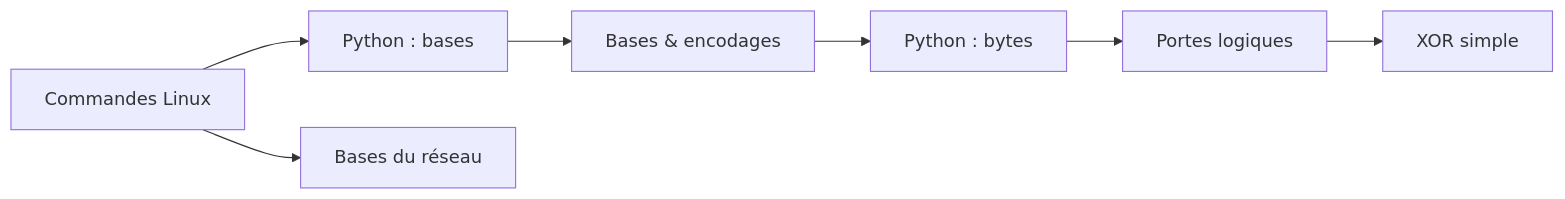
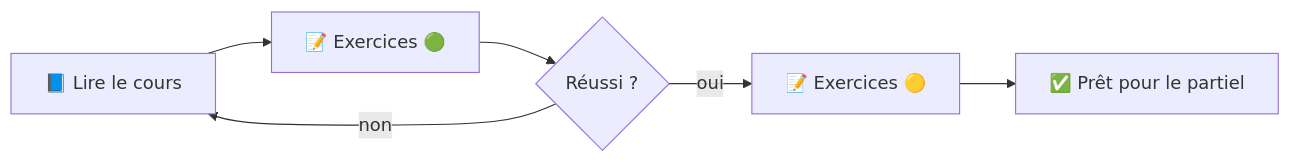
The diagram in README.md (Luxinenglish/ressources_2600), drawn with Mermaid before and after one commit. The commit also changed other lines of this file and 33 other files, not shown here.

Commit message:
Ajout des cours et exercices corrigés (Crypto, Python, ASR) et du README

````diff
--- a/README.md
+++ b/README.md
@@ -82,9 +99,8 @@
 ```mermaid
 flowchart LR
-    A[Commandes Linux] --> B[Python : bases]
-    B --> C[Bases & encodages]
-    C --> D[Python : bytes]
-    D --> E[Portes logiques]
-    E --> F[XOR simple]
-    A --> G[Bases du réseau]
+    A[📘 Lire le cours] --> B[📝 Exercices 🟢]
+    B --> C{Réussi ?}
+    C -- non --> A
+    C -- oui --> D[📝 Exercices 🟡]
+    D --> E[✅ Prêt pour le partiel]
 ```
````
